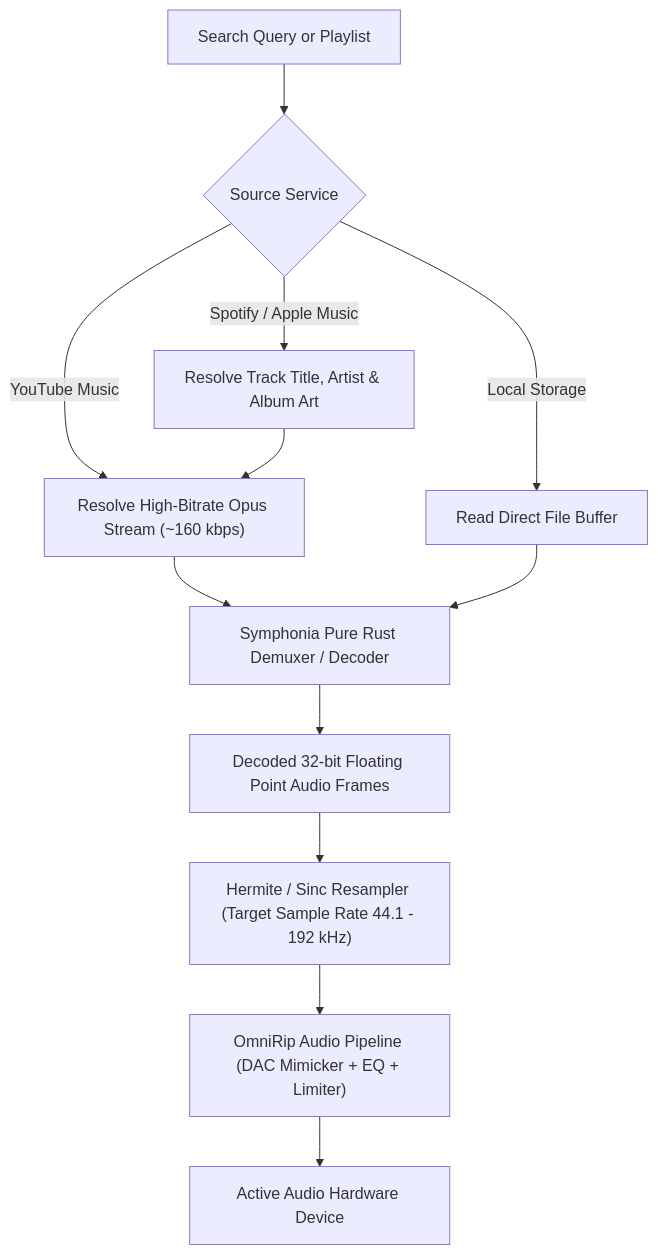
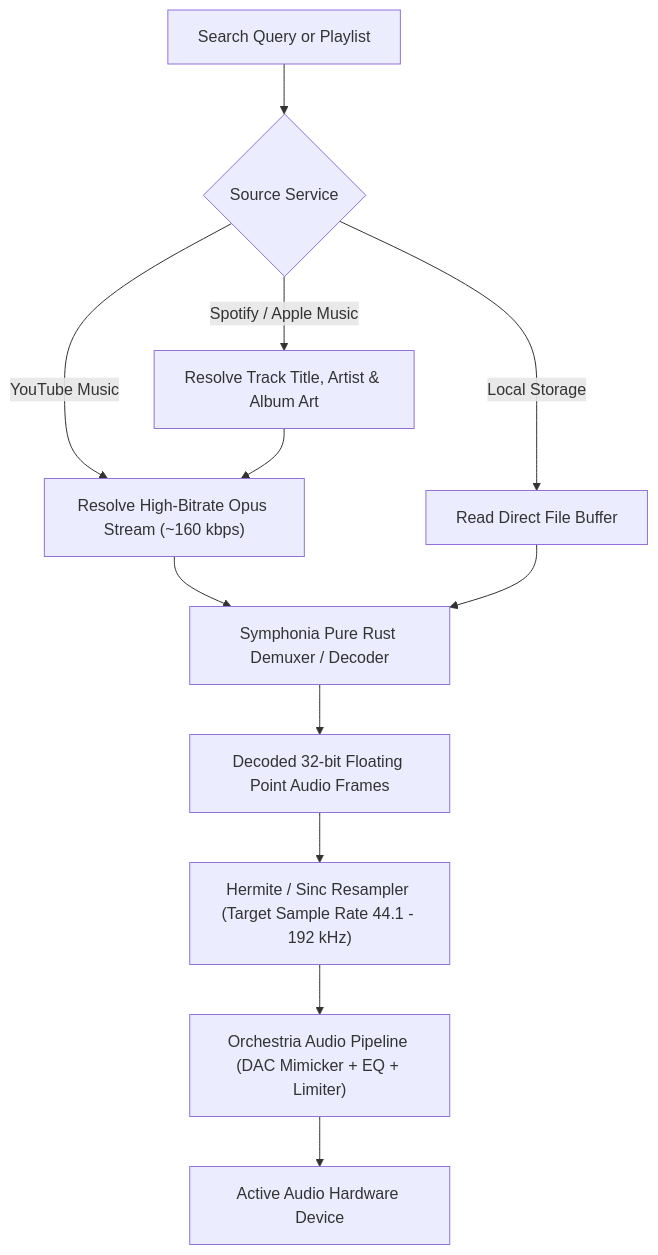
The fifth of 6 diagrams in docs/DOWNLOAD_AND_SETUP_GUIDE.md (abdullah-binmadhi/OmniRip), drawn with Mermaid before and after one commit. The commit also changed other lines of this file and 77 other files, not shown here.

First line of the commit message:
feat: rebrand OmniRip to Orchestria and fix macOS CI/release runners

````diff
--- a/docs/DOWNLOAD_AND_SETUP_GUIDE.md
+++ b/docs/DOWNLOAD_AND_SETUP_GUIDE.md
@@ -254,16 +254,16 @@
 ```mermaid
 flowchart TD
     Query["Search Query or Playlist"] --> Source{"Source Service"}
     Source -->|"Spotify / Apple Music"| MetadataOnly["Resolve Track Title, Artist & Album Art"]
     Source -->|"YouTube Music"| DirectStream["Resolve High-Bitrate Opus Stream (~160 kbps)"]
     Source -->|"Local Storage"| LocalDisk["Read Direct File Buffer"]
 
     MetadataOnly --> DirectStream
     DirectStream --> Symphonia["Symphonia Pure Rust Demuxer / Decoder"]
     LocalDisk --> Symphonia
 
     Symphonia --> LinearAudio["Decoded 32-bit Floating Point Audio Frames"]
     LinearAudio --> ServoResampler["Hermite / Sinc Resampler (Target Sample Rate 44.1 - 192 kHz)"]
-    ServoResampler --> UnifiedDSP["OmniRip Audio Pipeline (DAC Mimicker + EQ + Limiter)"]
+    ServoResampler --> UnifiedDSP["Orchestria Audio Pipeline (DAC Mimicker + EQ + Limiter)"]
     UnifiedDSP --> HardwareDevice["Active Audio Hardware Device"]
 ```
````
